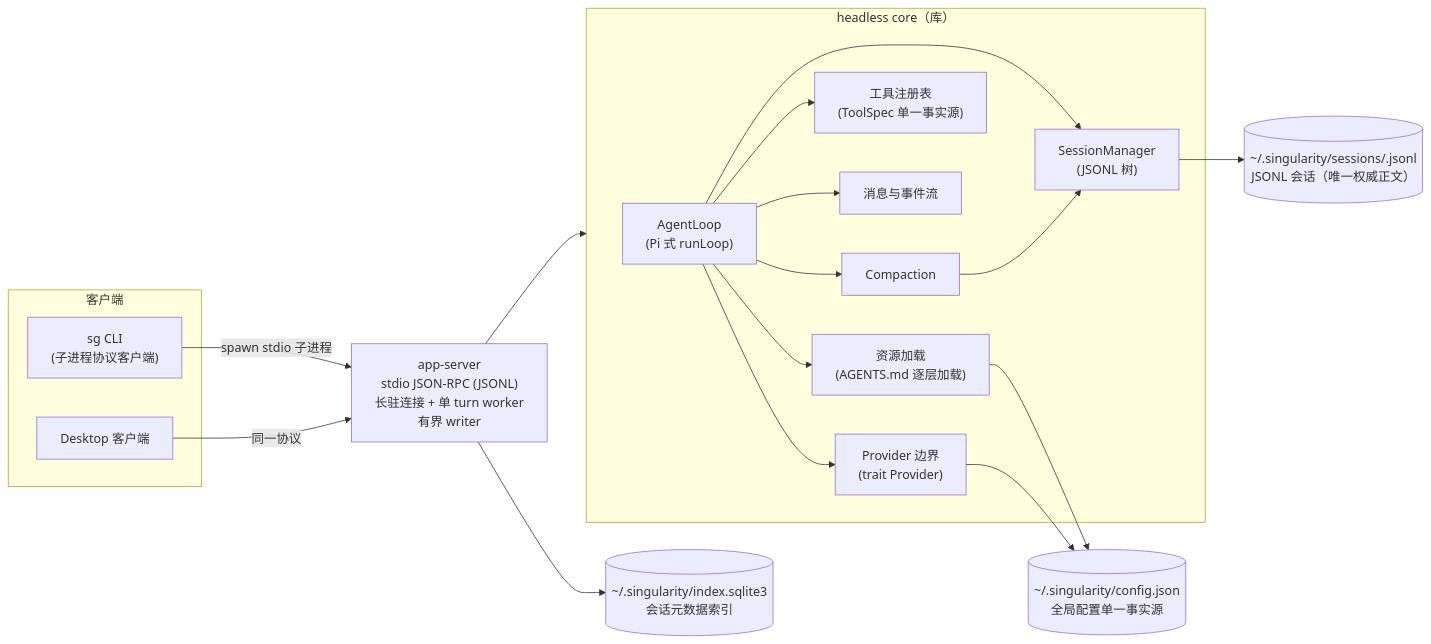
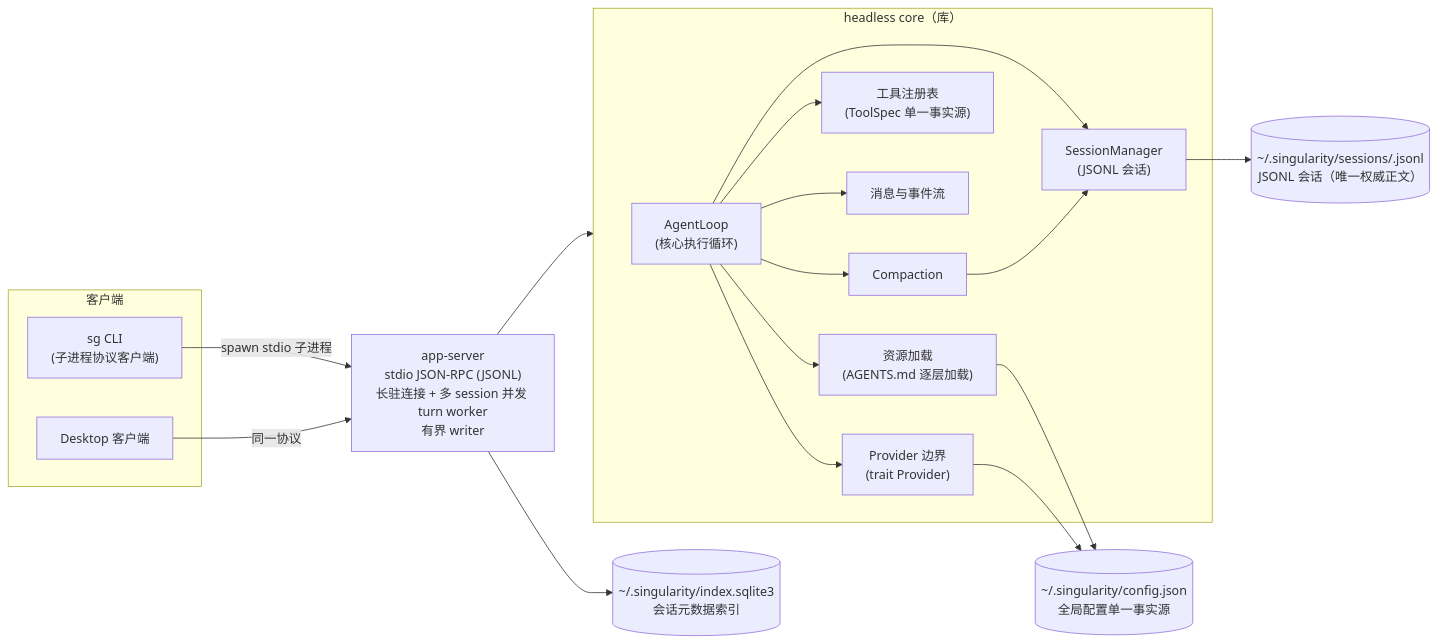
One commit to qjcnmd/singularity-agent changed the first of 7 diagrams in docs/singularity.md. Above: the diagram before and after it, drawn with Mermaid. The commit also changed other lines of this file and 68 other files, not shown here.

````diff
--- a/docs/singularity.md
+++ b/docs/singularity.md
@@ -19,35 +22,35 @@
 ```mermaid
 flowchart LR
     subgraph Client["客户端"]
         CLI["sg CLI<br/>(子进程协议客户端)"]
         Dsk["Desktop 客户端"]
     end
-    Svr["app-server<br/>stdio JSON-RPC (JSONL)<br/>长驻连接 + 单 turn worker<br/>有界 writer"]
+    Svr["app-server<br/>stdio JSON-RPC (JSONL)<br/>长驻连接 + 多 session 并发 turn worker<br/>有界 writer"]
     subgraph Core["headless core（库）"]
-        Loop["AgentLoop<br/>(Pi 式 runLoop)"]
-        SM["SessionManager<br/>(JSONL 树)"]
+        Loop["AgentLoop<br/>(核心执行循环)"]
+        SM["SessionManager<br/>(JSONL 会话)"]
         CP["Compaction"]
         TR["工具注册表<br/>(ToolSpec 单一事实源)"]
         EV["消息与事件流"]
         RL["资源加载<br/>(AGENTS.md 逐层加载)"]
         PV["Provider 边界<br/>(trait Provider)"]
     end
     CFG[("~/.singularity/config.json<br/>全局配置单一事实源")]
     SES[("~/.singularity/sessions/<uuid>.jsonl<br/>JSONL 会话（唯一权威正文）")]
 
     IDX[("~/.singularity/index.sqlite3<br/>会话元数据索引")]
     CLI -->|"spawn stdio 子进程"| Svr
     Dsk -->|"同一协议"| Svr
     Svr --> Core
     Loop --> SM
     Loop --> CP
     Loop --> TR
     Loop --> EV
     Loop --> RL
     Loop --> PV
     CP --> SM
     SM --> SES
     Svr --> IDX
     RL --> CFG
     PV --> CFG
 ```
````
